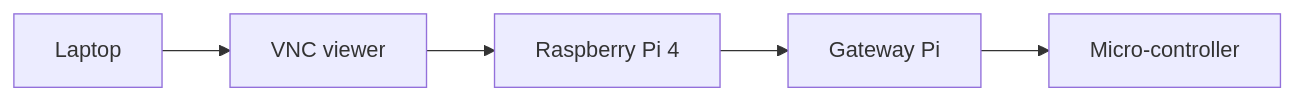
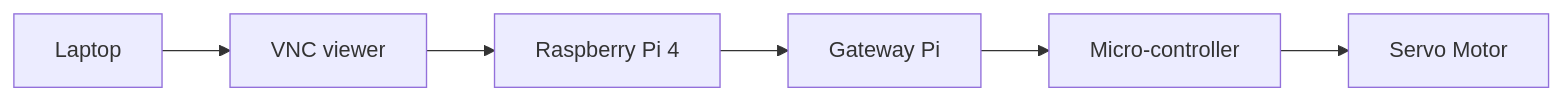
Before and after one commit to weijiehiew/EGL314: the third of 4 diagrams in README.md, drawn with Mermaid. The commit also changed other lines of this file, not shown here.

````diff
--- a/README.md
+++ b/README.md
@@ -212,9 +220,10 @@
 ```mermaid
 graph LR
 
 A[Laptop] --> B[VNC viewer]
 B --> C[Raspberry Pi 4]
 C --> D[Gateway Pi]
 D --> E[Micro-controller]
+E --> F[Servo Motor]
 
 ```
````
